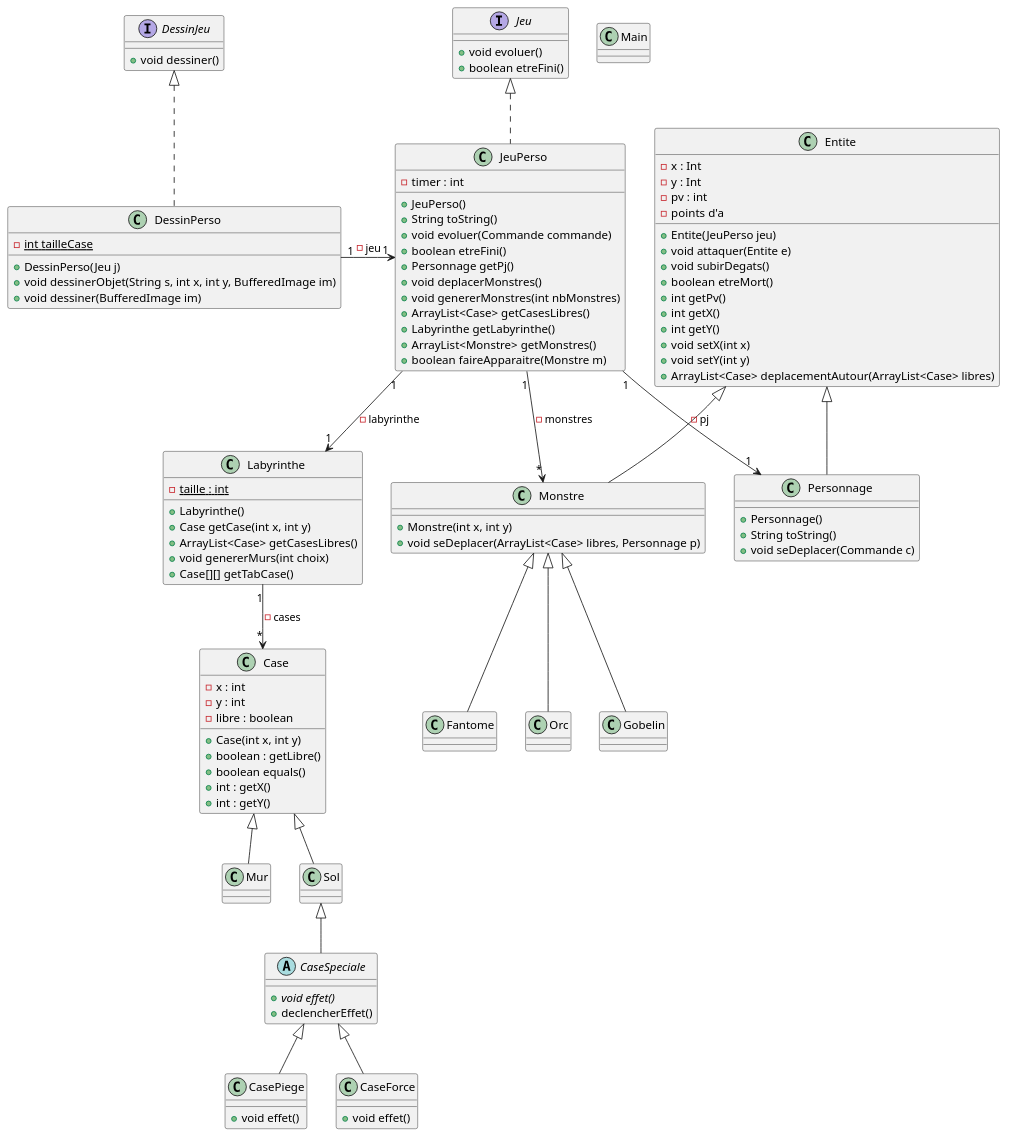
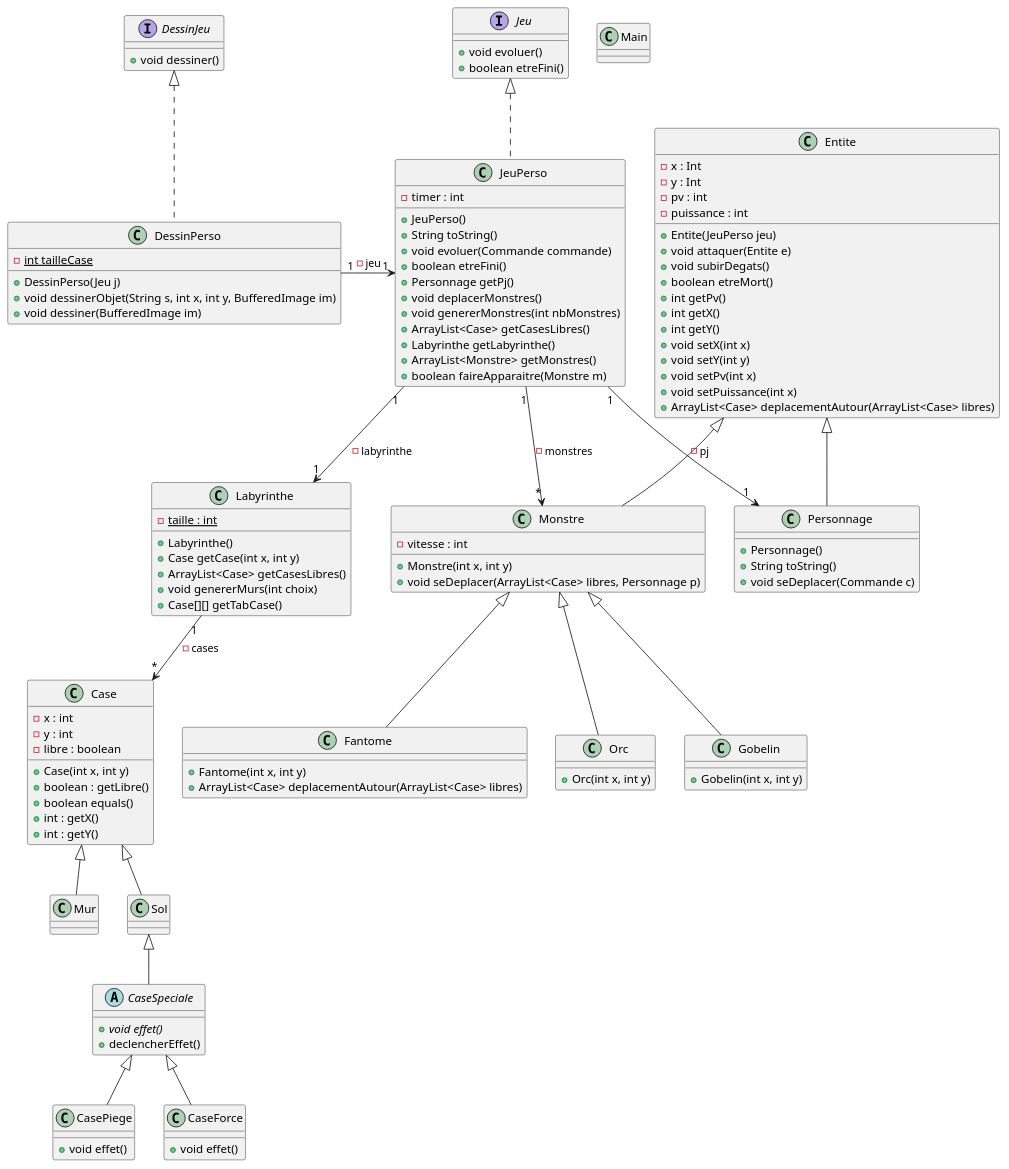
Before and after one commit to MichelGrolet/2d-game: the diagram in documents/version5/diagramme.puml, drawn with PlantUML. The commit also changed 2 other files, not shown here.

```diff
--- a/documents/version5/diagramme.puml
+++ b/documents/version5/diagramme.puml
@@ -1,117 +1,124 @@
 @startuml
 
 class Main {}
 
 class Labyrinthe {
     - {static} taille : int
     + Labyrinthe()
     + Case getCase(int x, int y)
     + ArrayList<Case> getCasesLibres()
     + void genererMurs(int choix)
     + Case[][] getTabCase()
 }
 Labyrinthe "1" --> "*" Case : - cases
 
 class Case {
     - x : int
     - y : int
     - libre : boolean
     + Case(int x, int y)
     + boolean : getLibre()
     + boolean equals()
     + int : getX()
     + int : getY()
 }
 
 class Mur extends Case {
 }
 
 class Sol extends Case {
 }
 
 abstract class CaseSpeciale extends Sol {
     + {abstract} void effet()
     + declencherEffet()
 }
 
 class CasePiege extends CaseSpeciale {
      + void effet()
 }
 
 class CaseForce extends CaseSpeciale {
      + void effet()
 }
 
 class Entite {
     - x : Int
     - y : Int
     - pv : int
-    - points d'a
+    - puissance : int
     + Entite(JeuPerso jeu)
     + void attaquer(Entite e)
     + void subirDegats()
     + boolean etreMort()
     + int getPv()
     + int getX()
     + int getY()
     + void setX(int x)
     + void setY(int y)
+    + void setPv(int x)
+    + void setPuissance(int x)
     + ArrayList<Case> deplacementAutour(ArrayList<Case> libres)
 }
 
 class Personnage extends Entite {
     + Personnage()
     + String toString()
     + void seDeplacer(Commande c)
 }
 
 class Monstre extends Entite {
+    - vitesse : int
     + Monstre(int x, int y)
     + void seDeplacer(ArrayList<Case> libres, Personnage p)
 }
 
 class Fantome extends Monstre {
+    + Fantome(int x, int y)
+    + ArrayList<Case> deplacementAutour(ArrayList<Case> libres)
 }
 
 class Orc extends Monstre {
+    + Orc(int x, int y)
 }
 
 class Gobelin extends Monstre {
+    + Gobelin(int x, int y)
 }
 
 interface Jeu {
     + void evoluer()
     + boolean etreFini()
 }
 
 interface DessinJeu {
     + void dessiner()
 }
 
 class JeuPerso implements Jeu {
     - timer : int
     + JeuPerso()
     + String toString()
     + void evoluer(Commande commande)
     + boolean etreFini()
     + Personnage getPj()
     + void deplacerMonstres()
     + void genererMonstres(int nbMonstres)
     + ArrayList<Case> getCasesLibres()
     + Labyrinthe getLabyrinthe()
     + ArrayList<Monstre> getMonstres()
     + boolean faireApparaitre(Monstre m)
 }
 JeuPerso "1" --> "1" Labyrinthe : - labyrinthe
 JeuPerso "1" --> "1" Personnage : - pj
 JeuPerso "1" --> "*" Monstre : - monstres
 
 class DessinPerso implements DessinJeu {
     - {static} int tailleCase
     + DessinPerso(Jeu j)
     + void dessinerObjet(String s, int x, int y, BufferedImage im)
     + void dessiner(BufferedImage im)
 }
 DessinPerso "1" -> "1" JeuPerso : - jeu
 
 @enduml
```
